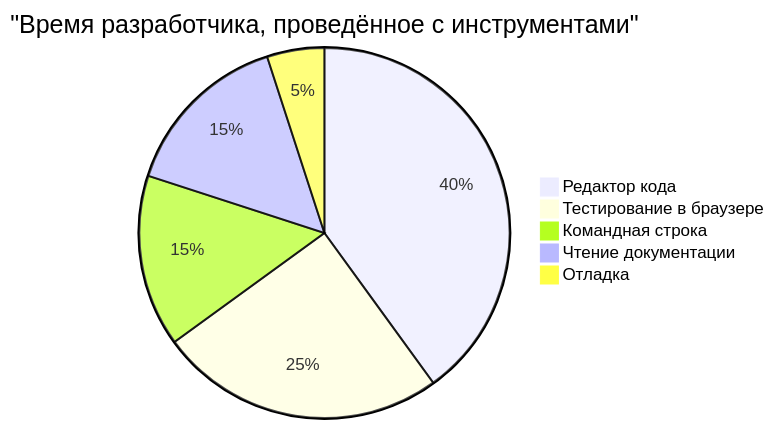
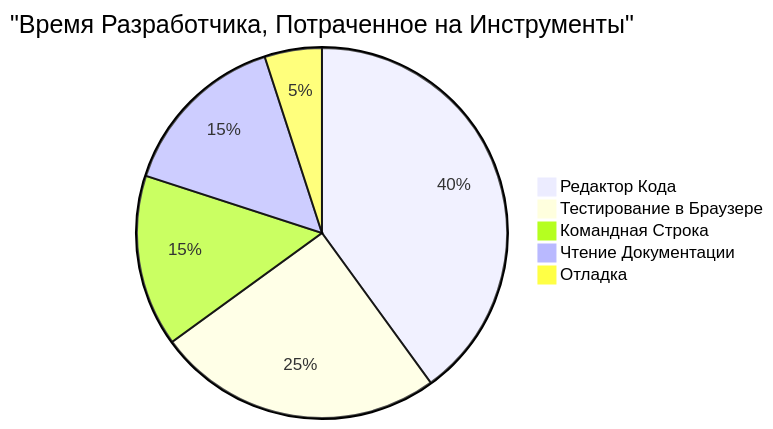
Before and after one commit to microsoft/Web-Dev-For-Beginners: the sixth of 7 diagrams in translations/ru/1-getting-started-lessons/1-intro-to-programming-languages/README.md, drawn with Mermaid. The commit also changed other lines of this file and 8 other files, not shown here.

````diff
--- a/translations/ru/1-getting-started-lessons/1-intro-to-programming-languages/README.md
+++ b/translations/ru/1-getting-started-lessons/1-intro-to-programming-languages/README.md
@@ -713,8 +711,8 @@
 ```mermaid
-pie title "Время разработчика, проведённое с инструментами"
-    "Редактор кода" : 40
-    "Тестирование в браузере" : 25
-    "Командная строка" : 15
-    "Чтение документации" : 15
+pie title "Время Разработчика, Потраченное на Инструменты"
+    "Редактор Кода" : 40
+    "Тестирование в Браузере" : 25
+    "Командная Строка" : 15
+    "Чтение Документации" : 15
     "Отладка" : 5
 ```
````
